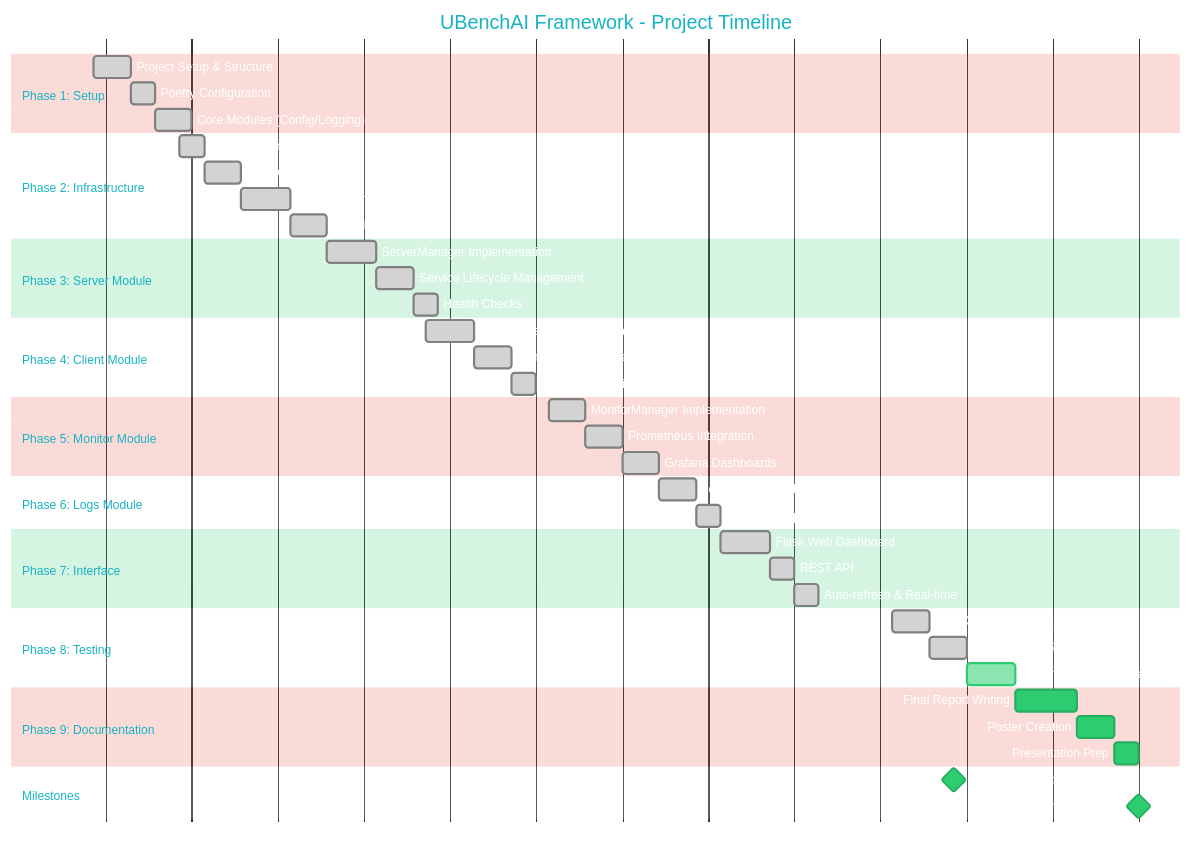
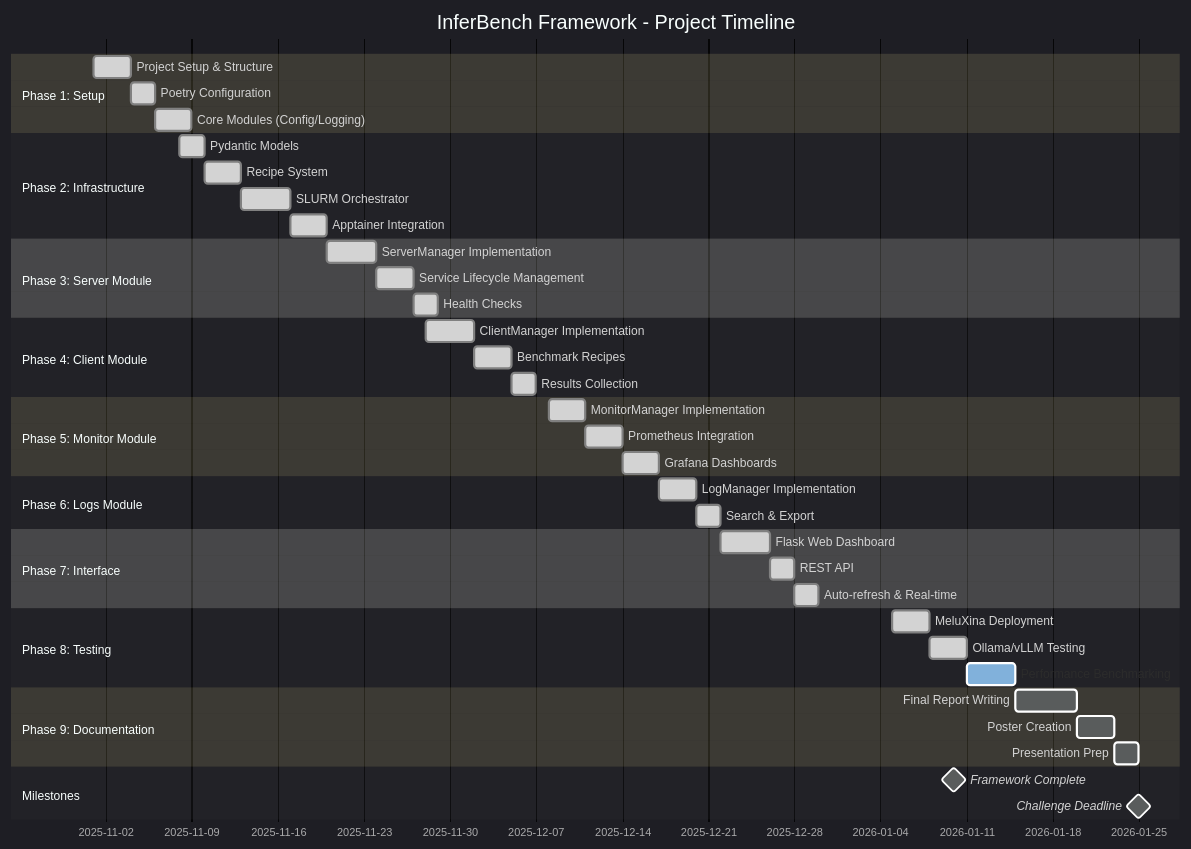
The diagram in docs/timeflow.mermaid (moa155/InferBench), drawn with Mermaid before and after one commit. The commit also changed 67 other files, not shown here.

```diff
--- a/docs/timeflow.mermaid
+++ b/docs/timeflow.mermaid
@@ -1,54 +1,66 @@
-%%{init: {'theme': 'base', 'themeVariables': { 'primaryColor': '#2ecc71', 'primaryTextColor': '#fff', 'primaryBorderColor': '#27ae60', 'lineColor': '#3498db', 'secondaryColor': '#9b59b6', 'tertiaryColor': '#e74c3c'}}}%%
+%%{
+  init: {
+    'theme': 'dark',
+    'themeVariables': {
+      'primaryColor': '#2ecc71',
+      'primaryTextColor': '#fff',
+      'primaryBorderColor': '#27ae60',
+      'lineColor': '#3498db',
+      'secondaryColor': '#9b59b6',
+      'tertiaryColor': '#e74c3c'
+    }
+  }
+}%%
 
 gantt
-    title UBenchAI Framework - Project Timeline
+    title InferBench Framework - Project Timeline
     dateFormat  YYYY-MM-DD
     
     section Phase 1: Setup
     Project Setup & Structure    :done, p1, 2025-11-01, 3d
     Poetry Configuration         :done, p1b, after p1, 2d
     Core Modules (Config/Logging):done, p1c, after p1b, 3d
     
     section Phase 2: Infrastructure
     Pydantic Models              :done, p2, 2025-11-08, 2d
     Recipe System                :done, p2b, after p2, 3d
     SLURM Orchestrator           :done, p2c, after p2b, 4d
     Apptainer Integration        :done, p2d, after p2c, 3d
     
     section Phase 3: Server Module
     ServerManager Implementation :done, p3, 2025-11-20, 4d
     Service Lifecycle Management :done, p3b, after p3, 3d
     Health Checks                :done, p3c, after p3b, 2d
     
     section Phase 4: Client Module
     ClientManager Implementation :done, p4, 2025-11-28, 4d
     Benchmark Recipes            :done, p4b, after p4, 3d
     Results Collection           :done, p4c, after p4b, 2d
     
     section Phase 5: Monitor Module
     MonitorManager Implementation:done, p5, 2025-12-08, 3d
     Prometheus Integration       :done, p5b, after p5, 3d
     Grafana Dashboards           :done, p5c, after p5b, 3d
     
     section Phase 6: Logs Module
     LogManager Implementation    :done, p6, 2025-12-17, 3d
     Search & Export              :done, p6b, after p6, 2d
     
     section Phase 7: Interface
     Flask Web Dashboard          :done, p7, 2025-12-22, 4d
     REST API                     :done, p7b, after p7, 2d
     Auto-refresh & Real-time     :done, p7c, after p7b, 2d
     
     section Phase 8: Testing
     MeluXina Deployment          :done, p8, 2026-01-05, 3d
     Ollama/vLLM Testing          :done, p8b, after p8, 3d
     Performance Benchmarking     :active, p8c, after p8b, 4d
     
     section Phase 9: Documentation
     Final Report Writing         :p9, 2026-01-15, 5d
     Poster Creation              :p9b, after p9, 3d
     Presentation Prep            :p9c, after p9b, 2d
     
     section Milestones
     Framework Complete           :milestone, m1, 2026-01-10, 0d
     Challenge Deadline           :milestone, m2, 2026-01-25, 0d
```
